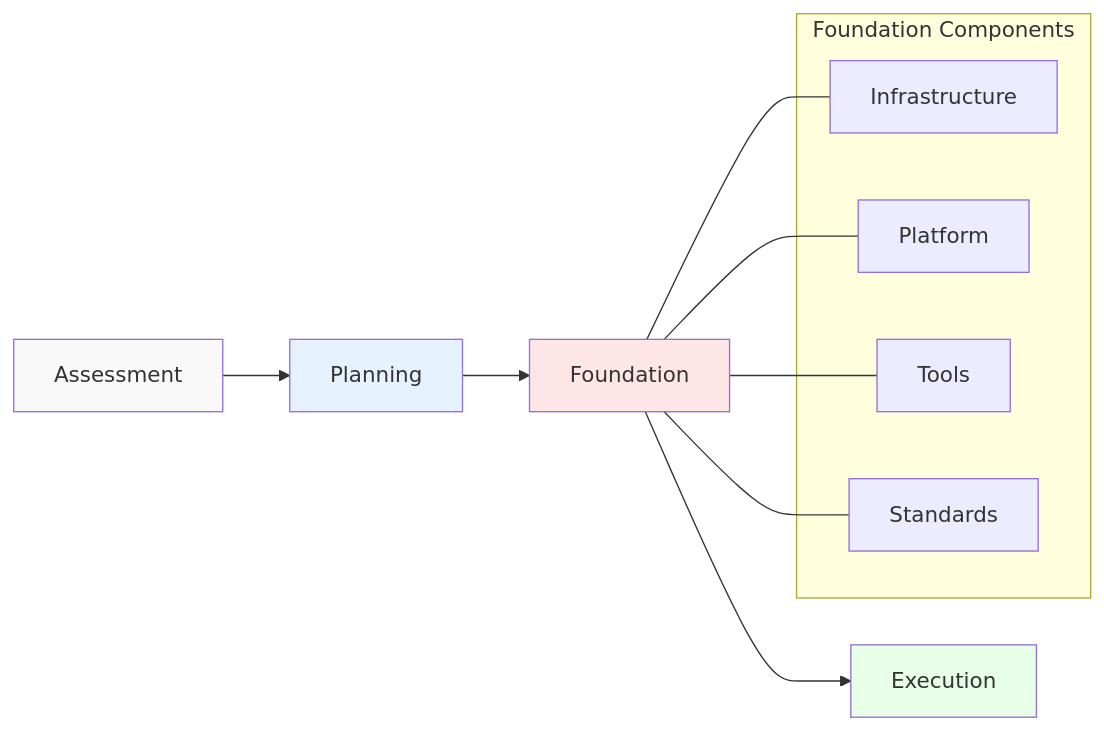
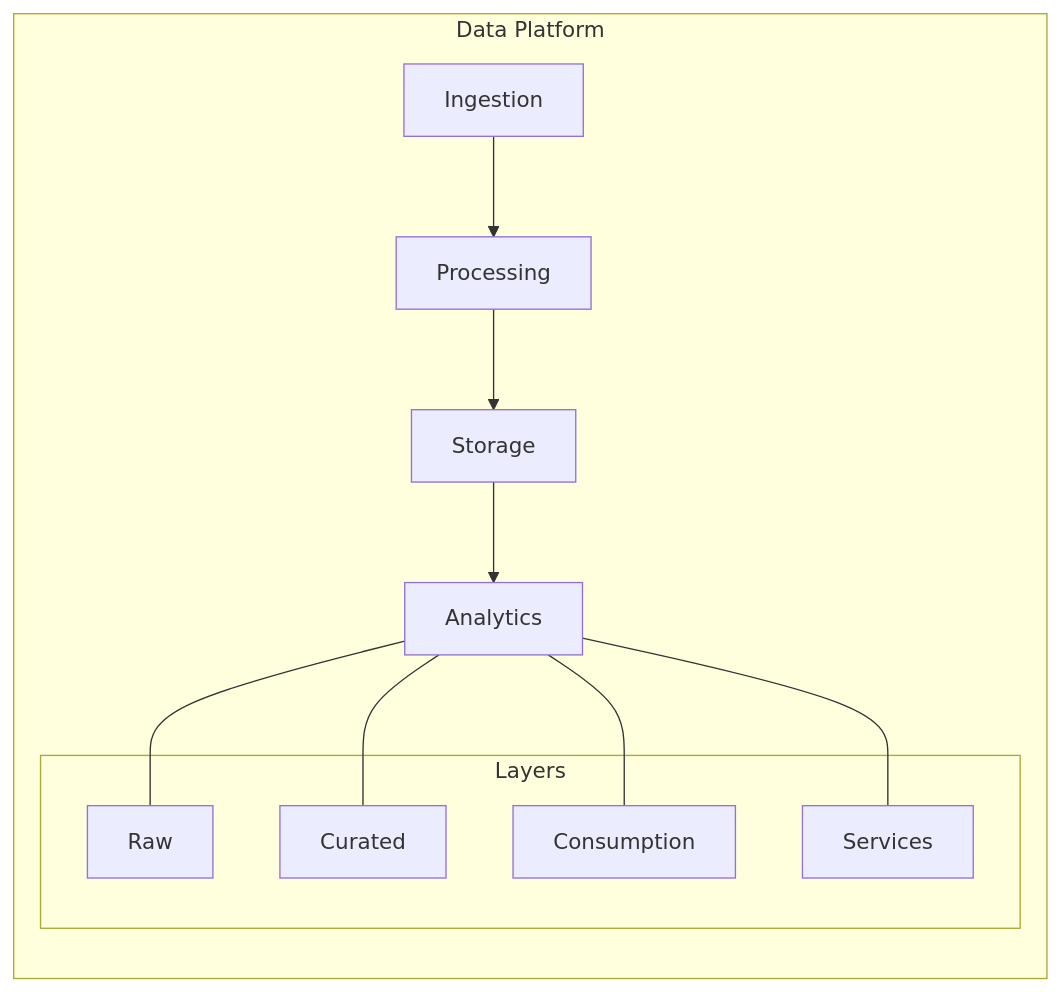
One commit to data-octo/agentic_ai_research changed the second of 7 diagrams in enterprise_data_architecture/chapters/08_implementation.md. Above: the diagram before and after it, drawn with Mermaid. The commit also changed other lines of this file and 11 other files, not shown here.

````diff
--- a/enterprise_data_architecture/chapters/08_implementation.md
+++ b/enterprise_data_architecture/chapters/08_implementation.md
@@ -48,23 +57,20 @@
 ```mermaid
-flowchart LR
-    A[Assessment] --> B[Planning]
-    B --> C[Foundation]
-    C --> D[Execution]
-    
-    subgraph "Foundation Components"
-        E[Infrastructure]
-        F[Platform]
-        G[Tools]
-        H[Standards]
+graph LR
+    subgraph "Data Platform"
+        A[Ingestion] --> B[Processing]
+        B --> C[Storage]
+        C --> D[Analytics]
+        
+        subgraph "Layers"
+            E[Raw]
+            F[Curated]
+            G[Consumption]
+            H[Services]
+        end
+        
+        D --- E
+        D --- F
+        D --- G
+        D --- H
     end
-    
-    C --- E
-    C --- F
-    C --- G
-    C --- H
-    
-    style A fill:#f9f9f9
-    style B fill:#e6f3ff
-    style C fill:#ffe6e6
-    style D fill:#e6ffe6
 ```
````
